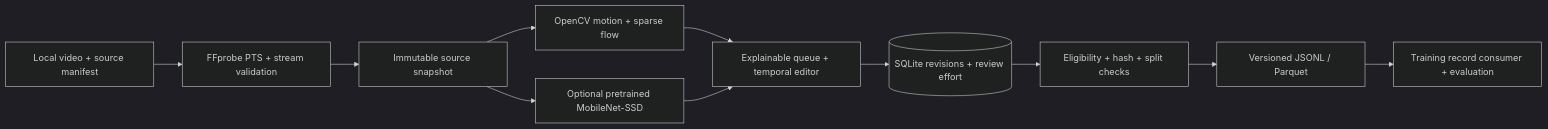
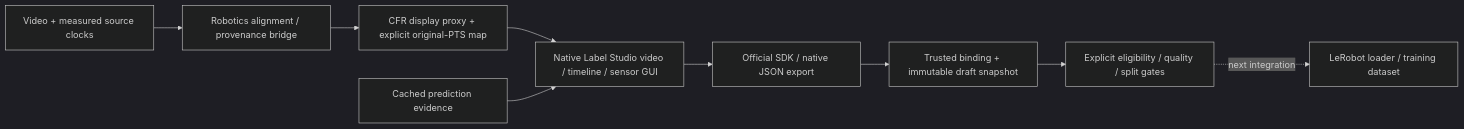
One commit to dyl-joseph/auto-robo-pipeline changed the diagram in README.md. Above: the diagram before and after it, drawn with Mermaid (dark theme). The commit also changed other lines of this file and 4 other files, not shown here.

Commit message:
docs: explain native review ownership and remaining migration gates

````diff
--- a/README.md
+++ b/README.md
@@ -31,13 +30,11 @@
 ```mermaid
 flowchart LR
-    A[Local video + source manifest] --> B[FFprobe PTS + stream validation]
-    B --> C[Immutable source snapshot]
-    C --> D[OpenCV motion + sparse flow]
-    C --> E[Optional pretrained MobileNet-SSD]
-    D --> F[Explainable queue + temporal editor]
-    E --> F
-    F --> G[(SQLite revisions + review effort)]
-    G --> H[Eligibility + hash + split checks]
-    H --> I[Versioned JSONL / Parquet]
-    I --> J[Training record consumer + evaluation]
+    A[Video + measured source clocks] --> B[Robotics alignment / provenance bridge]
+    B --> C[CFR display proxy + explicit original-PTS map]
+    C --> D[Native Label Studio video / timeline / sensor GUI]
+    E[Cached prediction evidence] --> D
+    D --> F[Official SDK / native JSON export]
+    F --> G[Trusted binding + immutable draft snapshot]
+    G --> H[Explicit eligibility / quality / split gates]
+    H -. next integration .-> I[LeRobot loader / training dataset]
 ```
````
